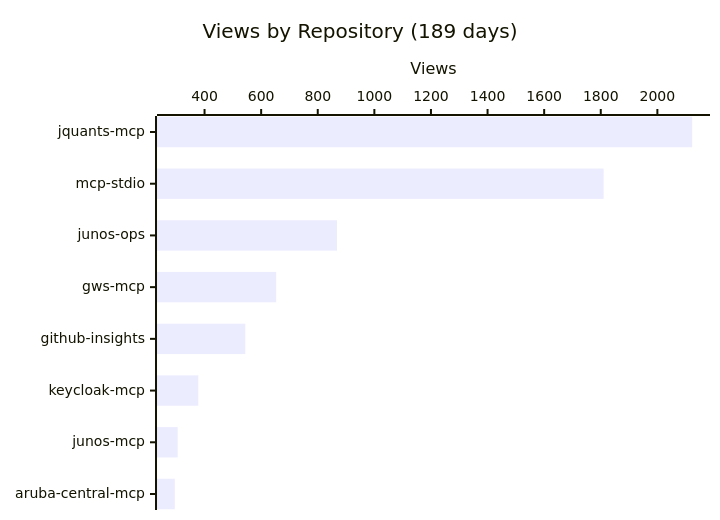
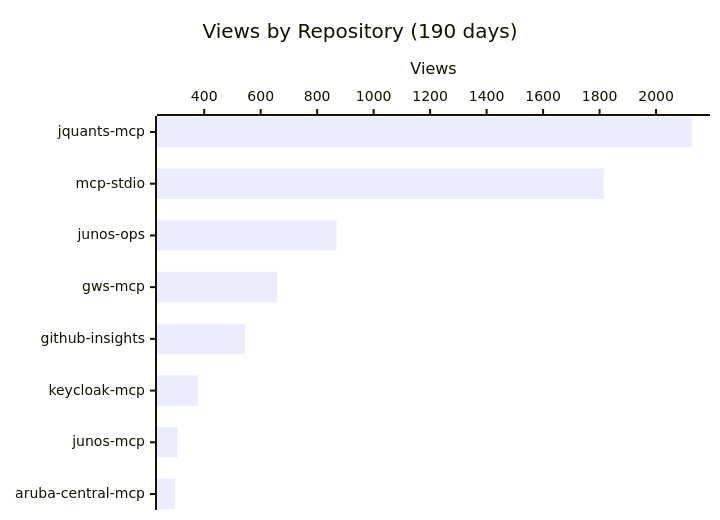
Before and after one commit to shigechika/github-insights: the first of 4 diagrams in README.md, drawn with Mermaid. The commit also changed other lines of this file and 2 other files, not shown here.

````diff
--- a/README.md
+++ b/README.md
@@ -18,7 +18,7 @@
 ```mermaid
 xychart-beta horizontal
-    title "Views by Repository (189 days)"
+    title "Views by Repository (190 days)"
     x-axis ["jquants-mcp", "mcp-stdio", "junos-ops", "gws-mcp", "github-insights", "keycloak-mcp", "junos-mcp", "aruba-central-mcp"]
     y-axis "Views"
-    bar [2123, 1810, 868, 653, 544, 378, 305, 295]
+    bar [2128, 1815, 869, 659, 544, 378, 306, 296]
 ```
````
